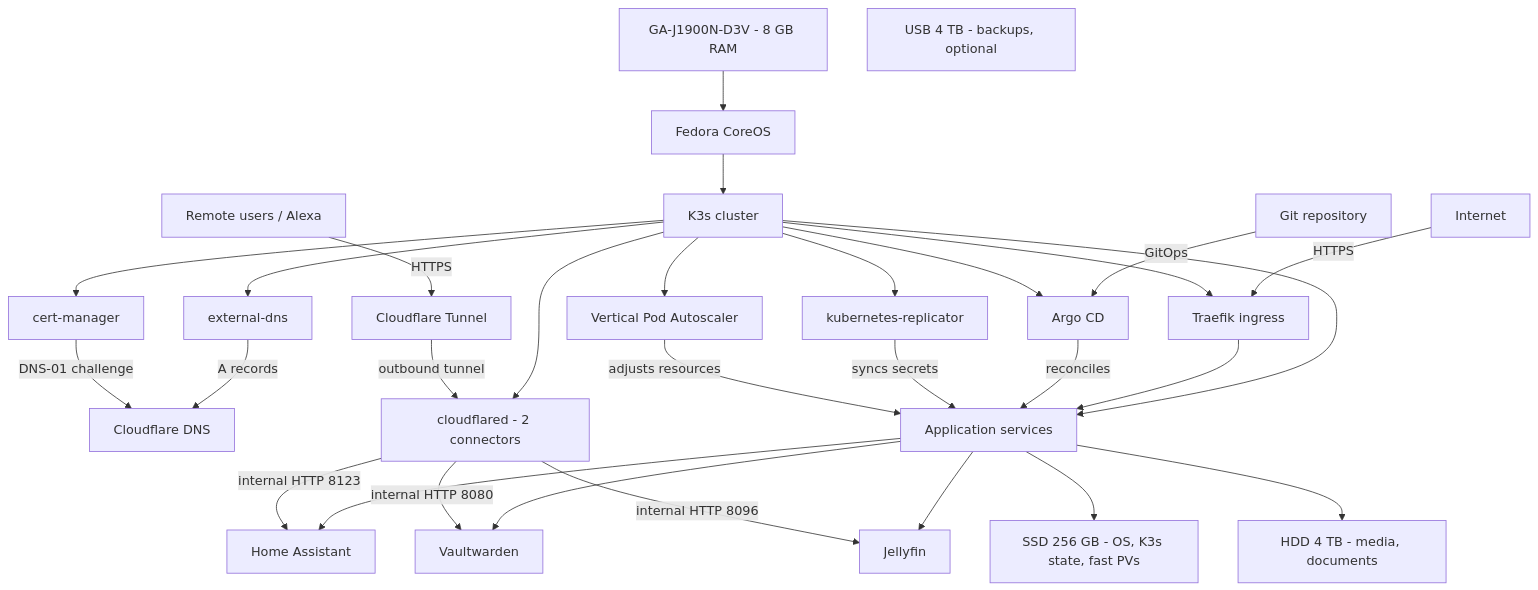
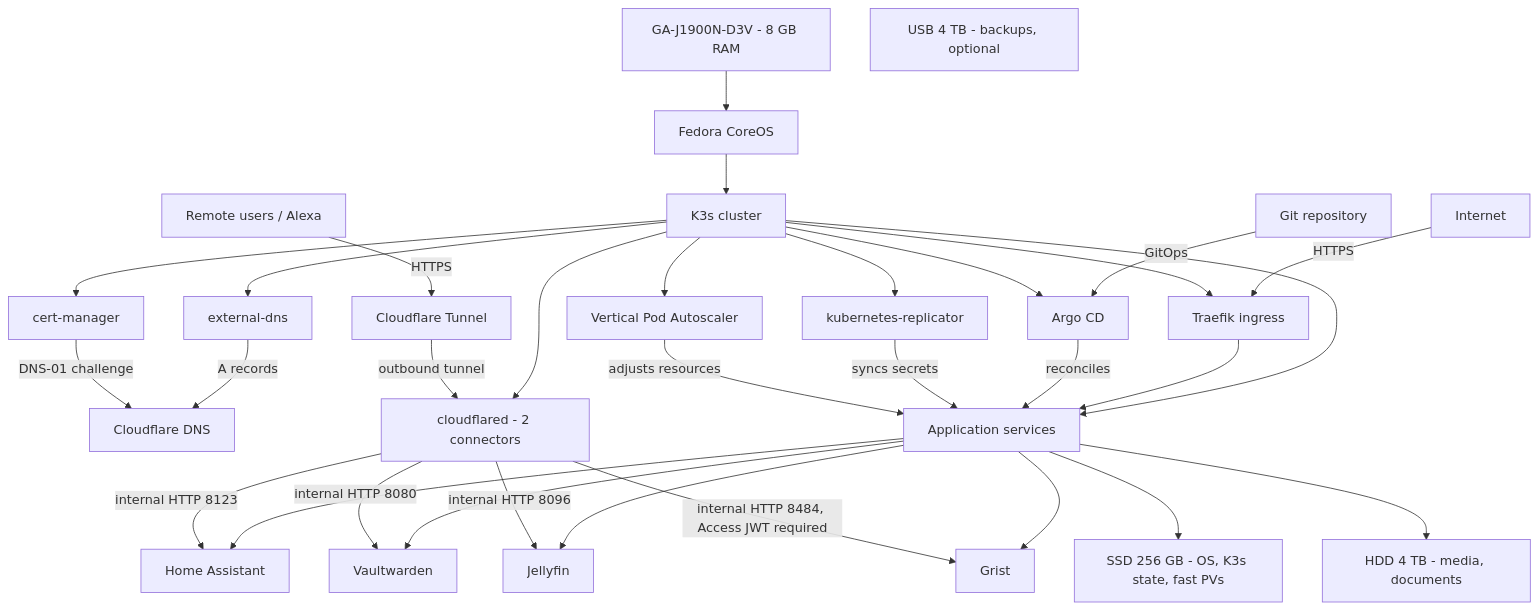
The diagram in docs/diagrams/architecture.mmd (Mahagon/homelab), drawn with Mermaid before and after one commit. The commit also changed 21 other files, not shown here.

First line of the commit message:
feat(grist): add Grist for neighbourhood meter readings behind Cloudflare Access

```diff
--- a/docs/diagrams/architecture.mmd
+++ b/docs/diagrams/architecture.mmd
@@ -1,36 +1,38 @@
 flowchart TD
     Internet["Internet"] -->|HTTPS| Traefik
     RemoteUsers["Remote users / Alexa"] -->|HTTPS| CloudflareTunnel["Cloudflare Tunnel"]
     Git["Git repository"] -->|GitOps| ArgoCD
     ExternalDNS -->|A records| Cloudflare["Cloudflare DNS"]
     CertManager -->|DNS-01 challenge| Cloudflare
 
     Hardware["GA-J1900N-D3V - 8 GB RAM"] --> FedoraCoreOS["Fedora CoreOS"]
     FedoraCoreOS --> K3s["K3s cluster"]
     K3s --> ArgoCD["Argo CD"]
     K3s --> Traefik["Traefik ingress"]
     K3s --> CertManager["cert-manager"]
     K3s --> ExternalDNS["external-dns"]
     K3s --> Cloudflared["cloudflared - 2 connectors"]
     K3s --> Replicator["kubernetes-replicator"]
     K3s --> VPA["Vertical Pod Autoscaler"]
     K3s --> AppServices["Application services"]
     AppServices --> HomeAssistant["Home Assistant"]
     AppServices --> Vaultwarden["Vaultwarden"]
     AppServices --> Jellyfin["Jellyfin"]
+    AppServices --> Grist["Grist"]
 
     Traefik --> AppServices
     ArgoCD -->|reconciles| AppServices
     Replicator -->|syncs secrets| AppServices
     VPA -->|adjusts resources| AppServices
     Cloudflared -->|internal HTTP 8123| HomeAssistant
     Cloudflared -->|internal HTTP 8080| Vaultwarden
     Cloudflared -->|internal HTTP 8096| Jellyfin
+    Cloudflared -->|internal HTTP 8484, Access JWT required| Grist
 
     SSD["SSD 256 GB - OS, K3s state, fast PVs"]
     HDD["HDD 4 TB - media, documents"]
     USB["USB 4 TB - backups, optional"]
 
     AppServices --> SSD
     AppServices --> HDD
     CloudflareTunnel -->|outbound tunnel| Cloudflared
```
